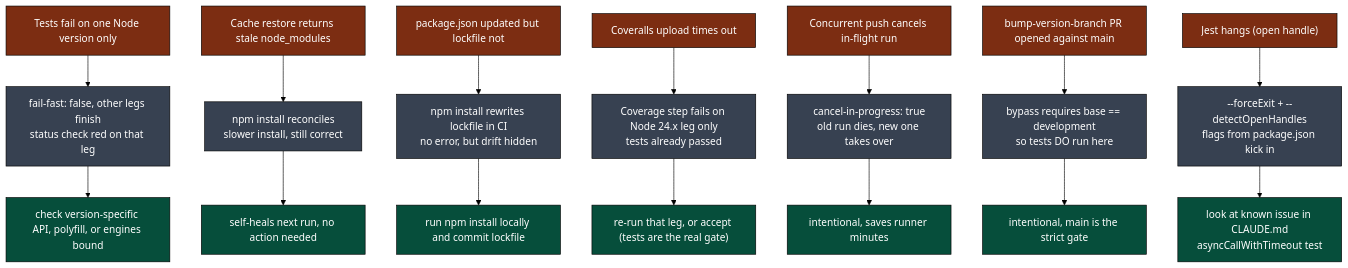
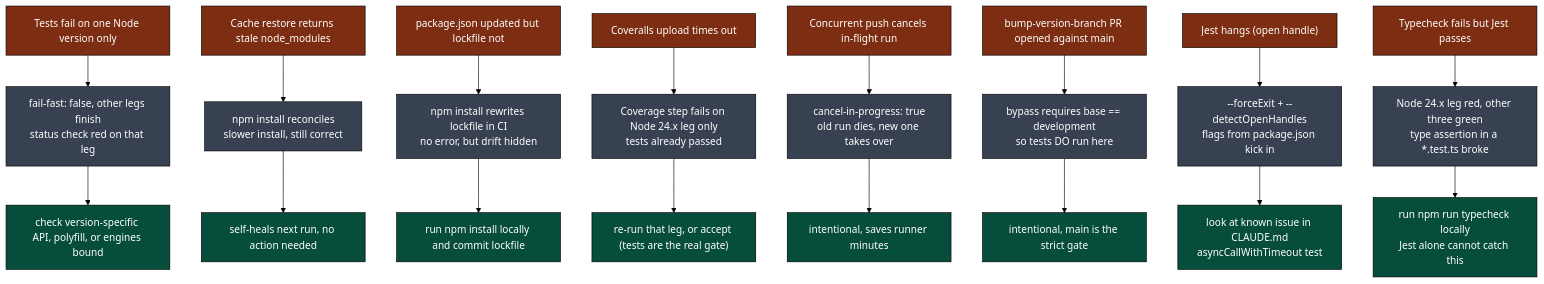
The eighth of 9 diagrams in .github/docs/TESTS_DEEP_DIVE.md (llm-exe/llm-exe), drawn with Mermaid (forest theme) before and after one commit. The commit also changed other lines of this file and 4 other files, not shown here.

````diff
--- a/.github/docs/TESTS_DEEP_DIVE.md
+++ b/.github/docs/TESTS_DEEP_DIVE.md
@@ -307,40 +317,45 @@
 ```mermaid
 flowchart TB
     classDef fail fill:#7c2d12,color:#fff,stroke:#000
     classDef effect fill:#374151,color:#fff,stroke:#000
     classDef fix fill:#064e3b,color:#fff,stroke:#000
 
     F1["Tests fail on one Node version only"]:::fail
     F1 --> F1E["fail-fast: false, other legs finish\nstatus check red on that leg"]:::effect
     F1E --> F1X["check version-specific API, polyfill, or engines bound"]:::fix
 
     F2["Cache restore returns stale node_modules"]:::fail
     F2 --> F2E["npm install reconciles\nslower install, still correct"]:::effect
     F2X["self-heals next run, no action needed"]:::fix
     F2E --> F2X
 
     F3["package.json updated but lockfile not"]:::fail
     F3 --> F3E["npm install rewrites lockfile in CI\nno error, but drift hidden"]:::effect
     F3X["run npm install locally and commit lockfile"]:::fix
     F3E --> F3X
 
     F4["Coveralls upload times out"]:::fail
     F4 --> F4E["Coverage step fails on Node 24.x leg only\ntests already passed"]:::effect
     F4X["re-run that leg, or accept (tests are the real gate)"]:::fix
     F4E --> F4X
 
     F5["Concurrent push cancels in-flight run"]:::fail
     F5 --> F5E["cancel-in-progress: true\nold run dies, new one takes over"]:::effect
     F5X["intentional, saves runner minutes"]:::fix
     F5E --> F5X
 
     F6["bump-version-branch PR opened against main"]:::fail
     F6 --> F6E["bypass requires base == development\nso tests DO run here"]:::effect
     F6X["intentional, main is the strict gate"]:::fix
     F6E --> F6X
 
     F7["Jest hangs (open handle)"]:::fail
     F7 --> F7E["--forceExit + --detectOpenHandles\nflags from package.json kick in"]:::effect
     F7X["look at known issue in CLAUDE.md\nasyncCallWithTimeout test"]:::fix
     F7E --> F7X
+
+    F8["Typecheck fails but Jest passes"]:::fail
+    F8 --> F8E["Node 24.x leg red, other three green\ntype assertion in a *.test.ts broke"]:::effect
+    F8X["run npm run typecheck locally\nJest alone cannot catch this"]:::fix
+    F8E --> F8X
 ```
````
